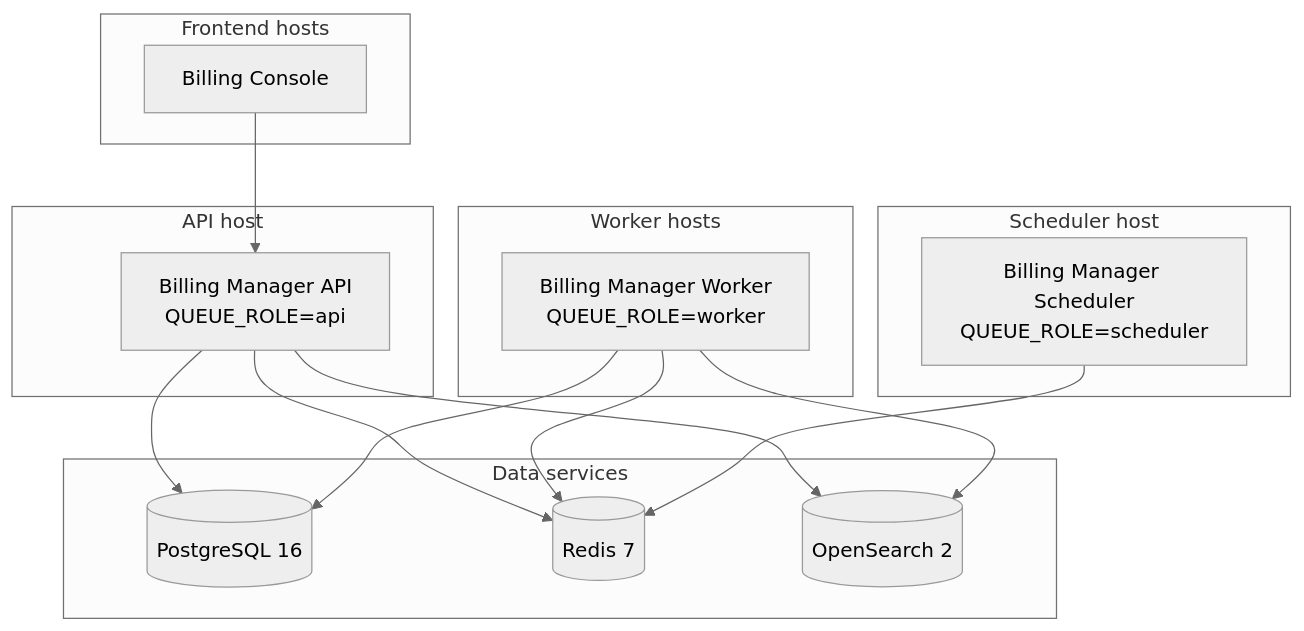
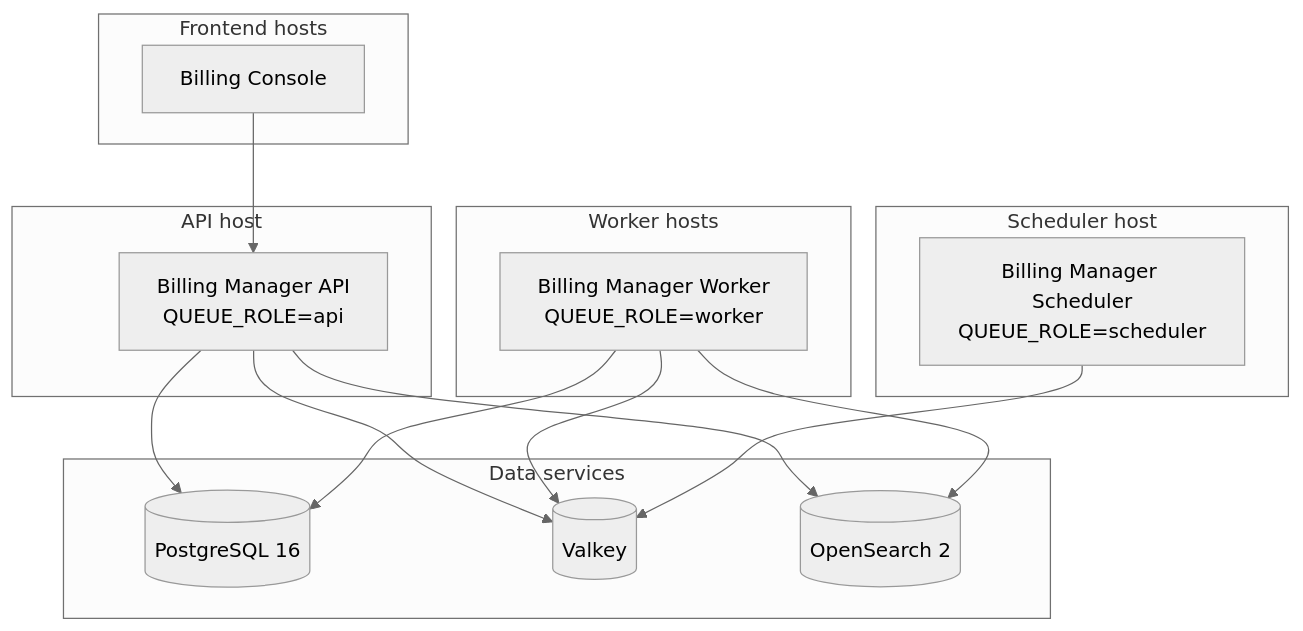
Before and after one commit to forepath/one: the diagram in docs/decabill/deployment/system-requirements.md, drawn with Mermaid (neutral theme). The commit also changed other lines of this file and 92 other files, not shown here.

````diff
--- a/docs/decabill/deployment/system-requirements.md
+++ b/docs/decabill/deployment/system-requirements.md
@@ -11,33 +11,33 @@
 ```mermaid
 graph TB
     subgraph "Frontend hosts"
         BC[Billing Console]
     end
 
     subgraph "API host"
         API[Billing Manager API<br/>QUEUE_ROLE=api]
     end
 
     subgraph "Worker hosts"
         WRK[Billing Manager Worker<br/>QUEUE_ROLE=worker]
     end
 
     subgraph "Scheduler host"
         SCH[Billing Manager Scheduler<br/>QUEUE_ROLE=scheduler]
     end
 
     subgraph "Data services"
         PG[(PostgreSQL 16)]
-        RD[(Redis 7)]
+        RD[(Valkey)]
         OS[(OpenSearch 2)]
     end
 
     BC --> API
     API --> PG
     API --> RD
     API --> OS
     WRK --> PG
     WRK --> RD
     WRK --> OS
     SCH --> RD
 ```
````
